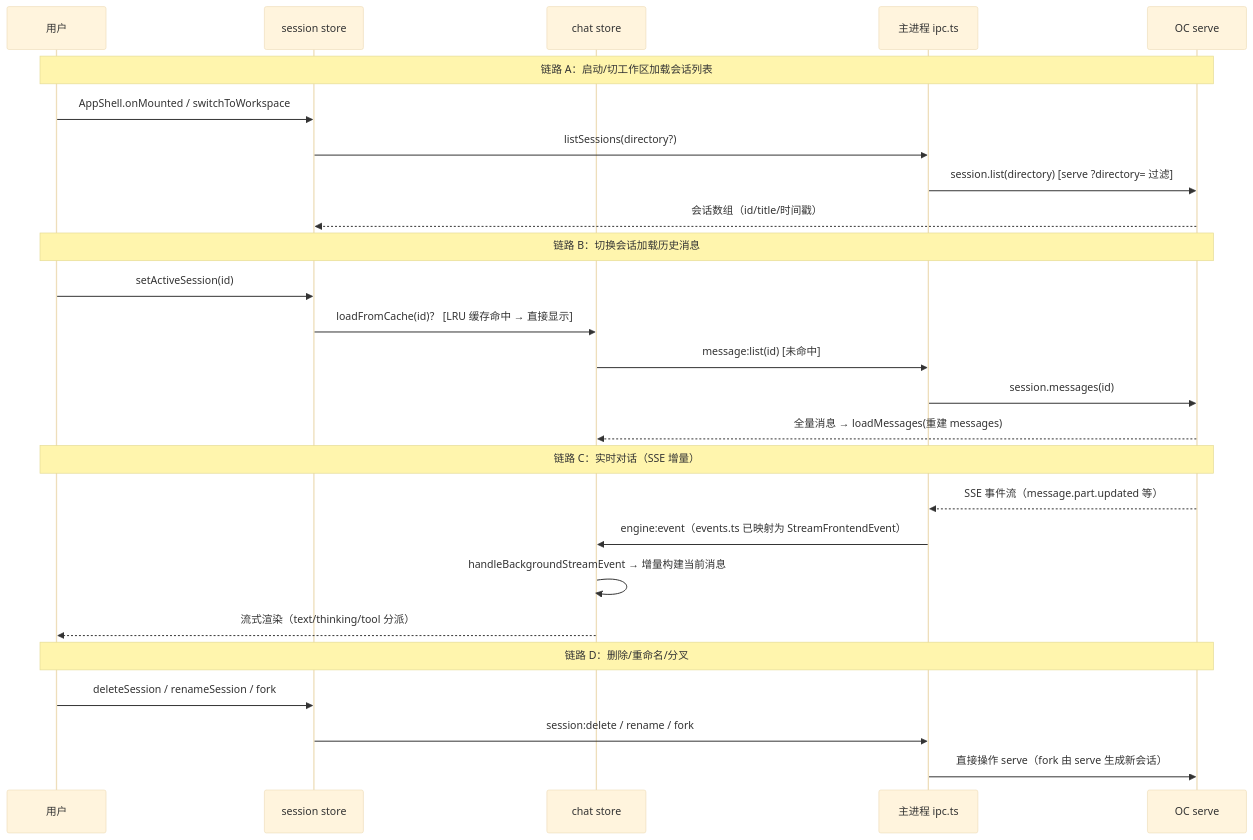
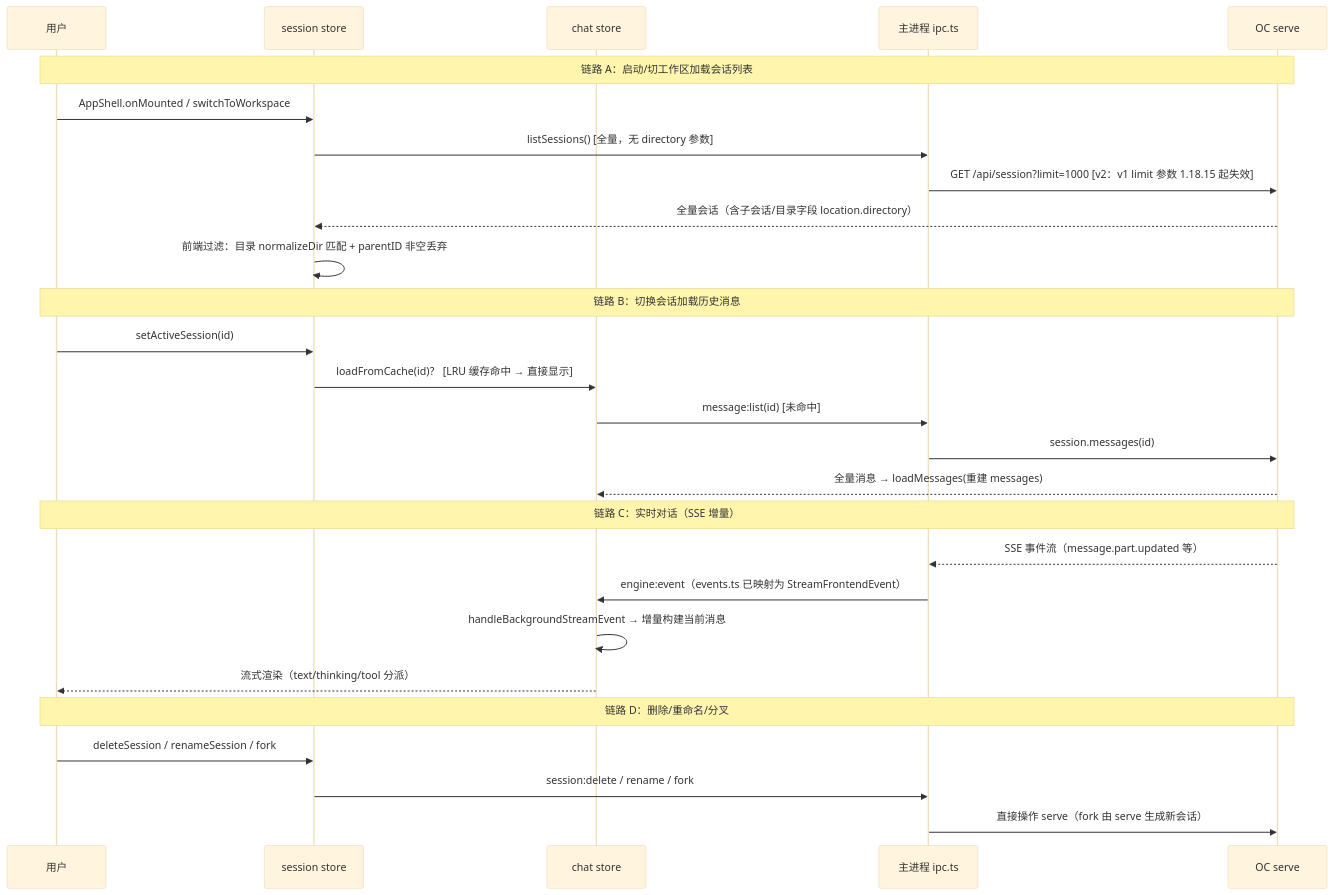
Before and after one commit to Max-Null/fractal: the diagram in docs/设计/实现/01-会话历史管理.md, drawn with Mermaid (base theme). The commit also changed other lines of this file and 3 other files, not shown here.

````diff
--- a/docs/设计/实现/01-会话历史管理.md
+++ b/docs/设计/实现/01-会话历史管理.md
@@ -29,32 +39,33 @@
 ```mermaid
 sequenceDiagram
   participant U as 用户
   participant S as session store
   participant C as chat store
   participant M as 主进程 ipc.ts
   participant V as OC serve
 
   Note over U,V: 链路 A：启动/切工作区加载会话列表
   U->>S: AppShell.onMounted / switchToWorkspace
-  S->>M: listSessions(directory?)
-  M->>V: session.list(directory)  [serve ?directory= 过滤]
-  V-->>S: 会话数组（id/title/时间戳）
+  S->>M: listSessions()  [全量，无 directory 参数]
+  M->>V: GET /api/session?limit=1000  [v2：v1 limit 参数 1.18.15 起失效]
+  V-->>S: 全量会话（含子会话/目录字段 location.directory）
+  S->>S: 前端过滤：目录 normalizeDir 匹配 + parentID 非空丢弃
 
   Note over U,V: 链路 B：切换会话加载历史消息
   U->>S: setActiveSession(id)
   S->>C: loadFromCache(id)？  [LRU 缓存命中 → 直接显示]
   C->>M: message:list(id)     [未命中]
   M->>V: session.messages(id)
   V-->>C: 全量消息 → loadMessages(重建 messages)
 
   Note over U,V: 链路 C：实时对话（SSE 增量）
   V-->>M: SSE 事件流（message.part.updated 等）
   M->>C: engine:event（events.ts 已映射为 StreamFrontendEvent）
   C->>C: handleBackgroundStreamEvent → 增量构建当前消息
   C-->>U: 流式渲染（text/thinking/tool 分派）
 
   Note over U,V: 链路 D：删除/重命名/分叉
   U->>S: deleteSession / renameSession / fork
   S->>M: session:delete / rename / fork
   M->>V: 直接操作 serve（fork 由 serve 生成新会话）
 ```
````
